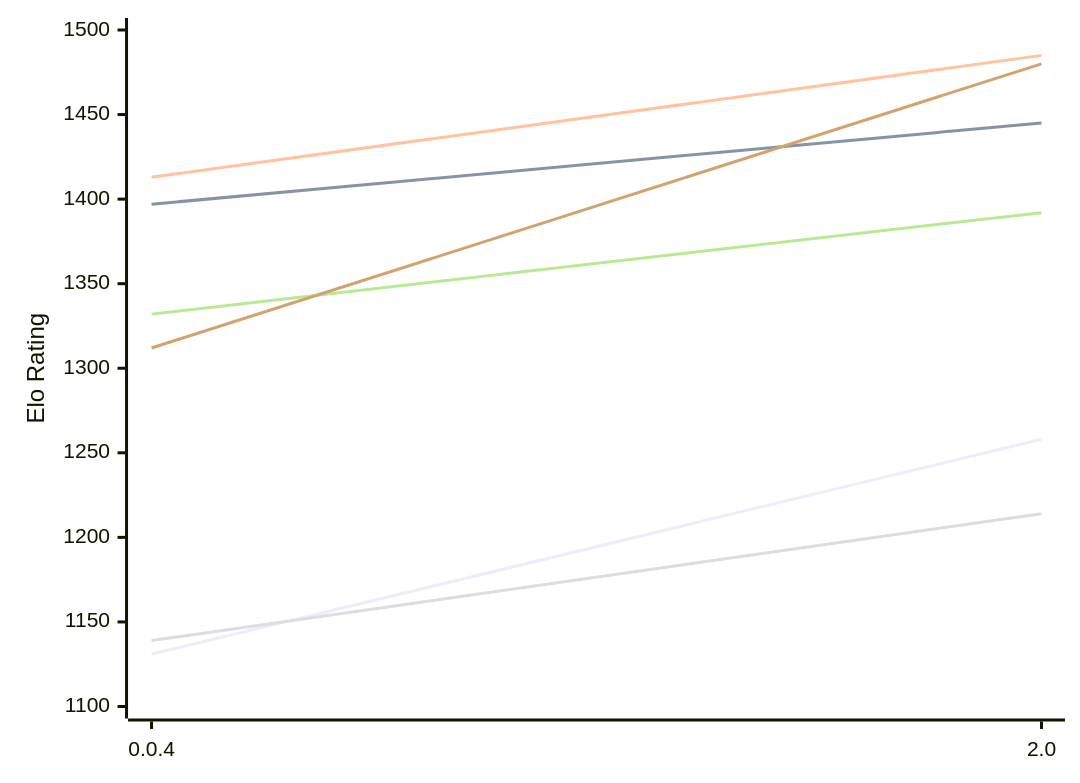
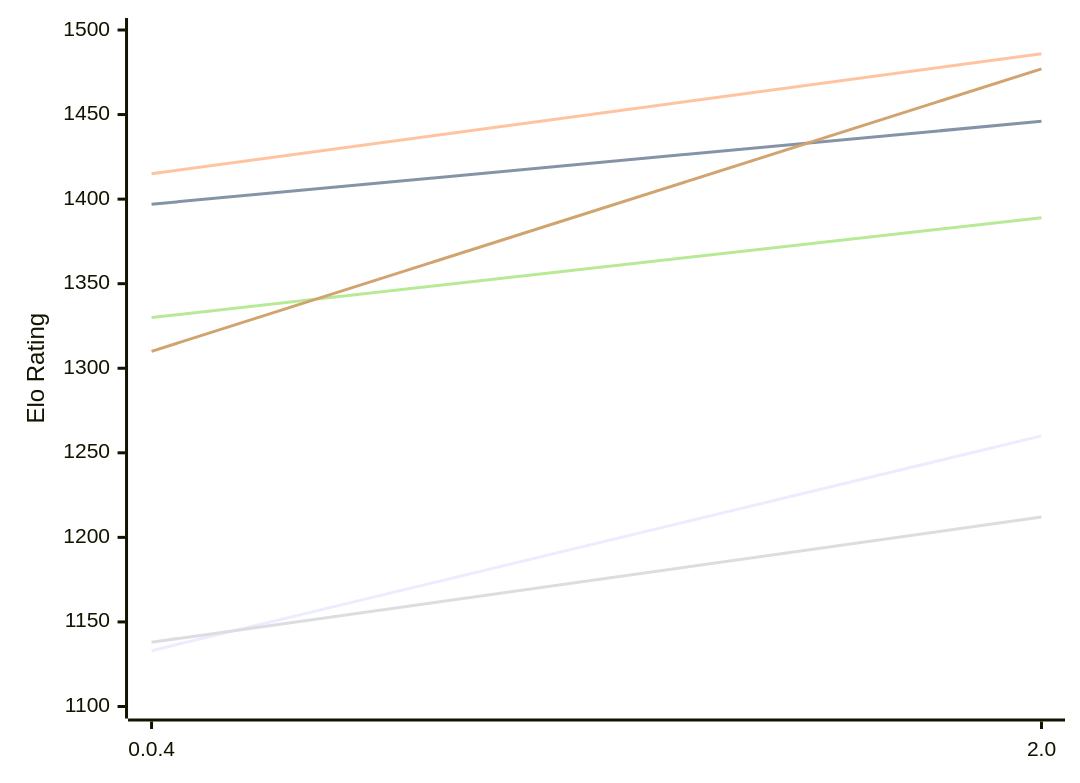
One commit to computer-chess-index/cci changed the first of 2 diagrams in engines/Oops!Mate.md. Above: the diagram before and after it, drawn with Mermaid. The commit also changed other lines of this file, not shown here.

Commit message:
Update CCI Ratings (ELO VLTC) - 2026-11-22

````diff
--- a/engines/Oops!Mate.md
+++ b/engines/Oops!Mate.md
@@ -50,12 +50,12 @@
 ```mermaid
 %%{init: {"theme":"base","themeVariables":{"seriesColors:['#a3a3a3','#222221','#faa371']}}}%%
 xychart-beta
   x-axis ["0.0.4", "2.0"]
   y-axis "Elo Rating" 1100 --> 1500
-  line "E1: STC (8.0+0.08s)" [1131, 1258]
-  line "E1: LTC (60.0+0.60s)" [1397, 1445]
-  line "E1: VLTC (2m24s+1.12s)" [1413, 1485]
-  line "P1: STC (8.0+0.08s)" [1139, 1214]
-  line "P1: LTC (60.0+0.60s)" [1332, 1392]
-  line "P1: VLTC (2m24s+1.12s)" [1312, 1480]
+  line "E1: STC (8.0+0.08s)" [1133, 1260]
+  line "E1: LTC (60.0+0.60s)" [1397, 1446]
+  line "E1: VLTC (2m24s+1.12s)" [1415, 1486]
+  line "P1: STC (8.0+0.08s)" [1138, 1212]
+  line "P1: LTC (60.0+0.60s)" [1330, 1389]
+  line "P1: VLTC (2m24s+1.12s)" [1310, 1477]
 ```
````
